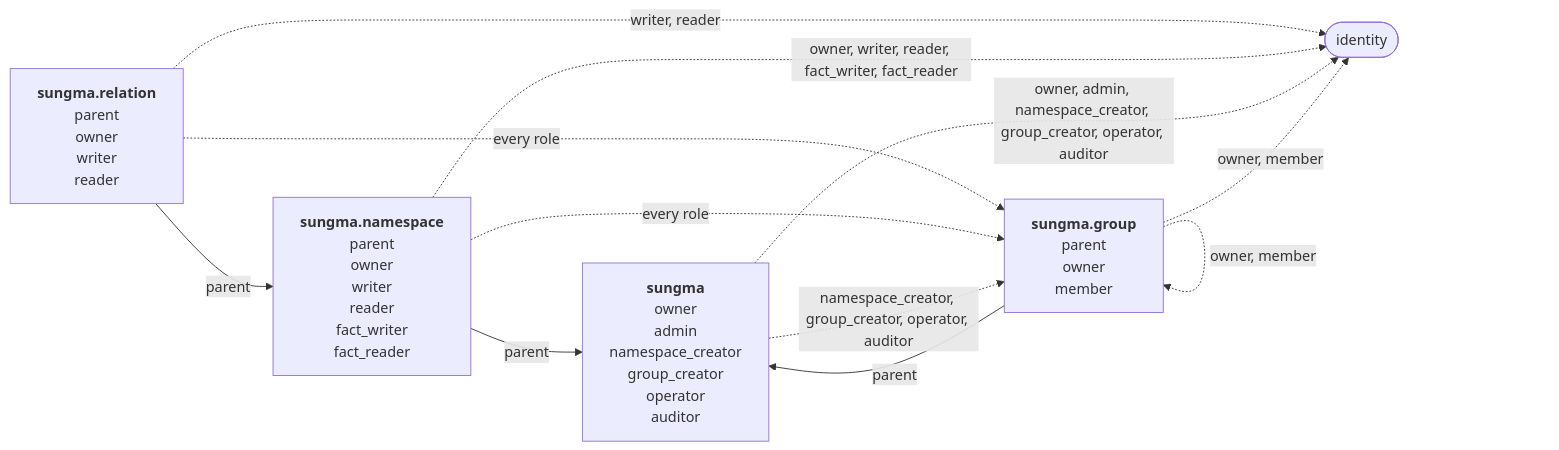
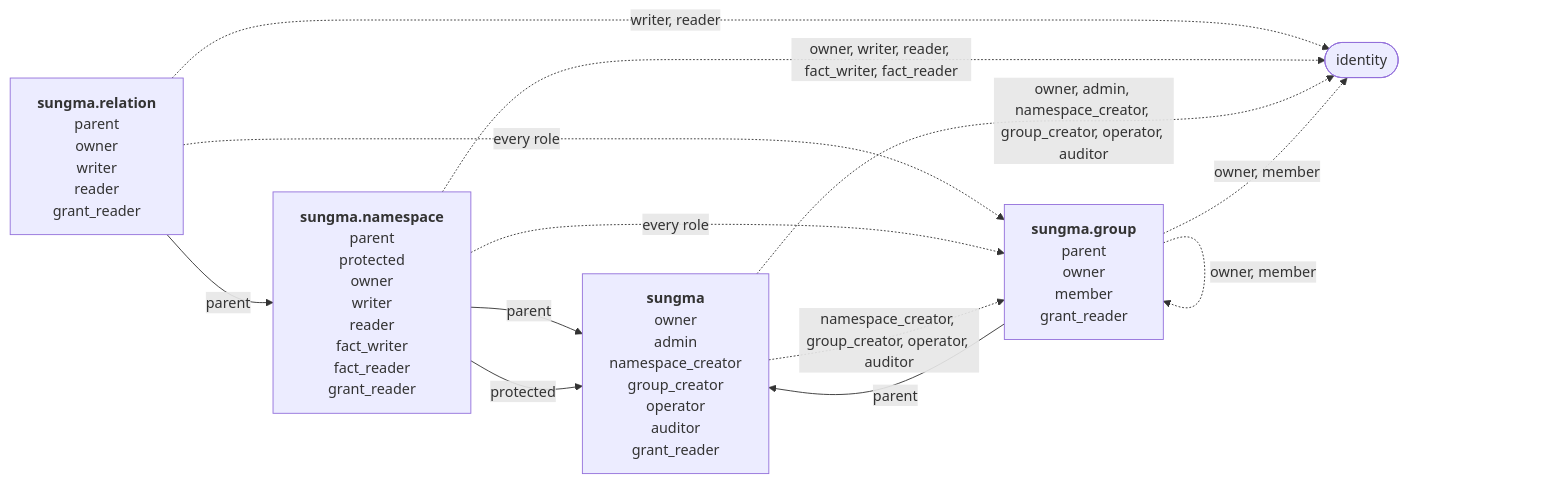
One commit to marklauter/Sungma changed the diagram in docs/specs/sungma-authorization.md. Above: the diagram before and after it, drawn with Mermaid. The commit also changed other lines of this file and 1 other file, not shown here.

Commit message:
Read Sungma's own grants through read_by, and give every endpoint a policy

````diff
--- a/docs/specs/sungma-authorization.md
+++ b/docs/specs/sungma-authorization.md
@@ -76,19 +84,20 @@
 ```mermaid
 flowchart LR
-  relation["<b>sungma.relation</b><br/>parent<br/>owner<br/>writer<br/>reader"]
-  namespace["<b>sungma.namespace</b><br/>parent<br/>owner<br/>writer<br/>reader<br/>fact_writer<br/>fact_reader"]
-  sungma["<b>sungma</b><br/>owner<br/>admin<br/>namespace_creator<br/>group_creator<br/>operator<br/>auditor"]
-  group["<b>sungma.group</b><br/>parent<br/>owner<br/>member"]
+  relation["<b>sungma.relation</b><br/>parent<br/>owner<br/>writer<br/>reader<br/>grant_reader"]
+  namespace["<b>sungma.namespace</b><br/>parent<br/>protected<br/>owner<br/>writer<br/>reader<br/>fact_writer<br/>fact_reader<br/>grant_reader"]
+  sungma["<b>sungma</b><br/>owner<br/>admin<br/>namespace_creator<br/>group_creator<br/>operator<br/>auditor<br/>grant_reader"]
+  group["<b>sungma.group</b><br/>parent<br/>owner<br/>member<br/>grant_reader"]
   identity(["identity"])
   relation -- parent --> namespace
   namespace -- parent --> sungma
+  namespace -- protected --> sungma
   group -- parent --> sungma
   relation -. "writer, reader" .-> identity
   namespace -. "owner, writer, reader, fact_writer, fact_reader" .-> identity
   sungma -. "owner, admin, namespace_creator, group_creator, operator, auditor" .-> identity
   group -. "owner, member" .-> identity
   relation -. "every role" .-> group
   namespace -. "every role" .-> group
   sungma -. "namespace_creator, group_creator, operator, auditor" .-> group
   group -. "owner, member" .-> group
 ```
````
